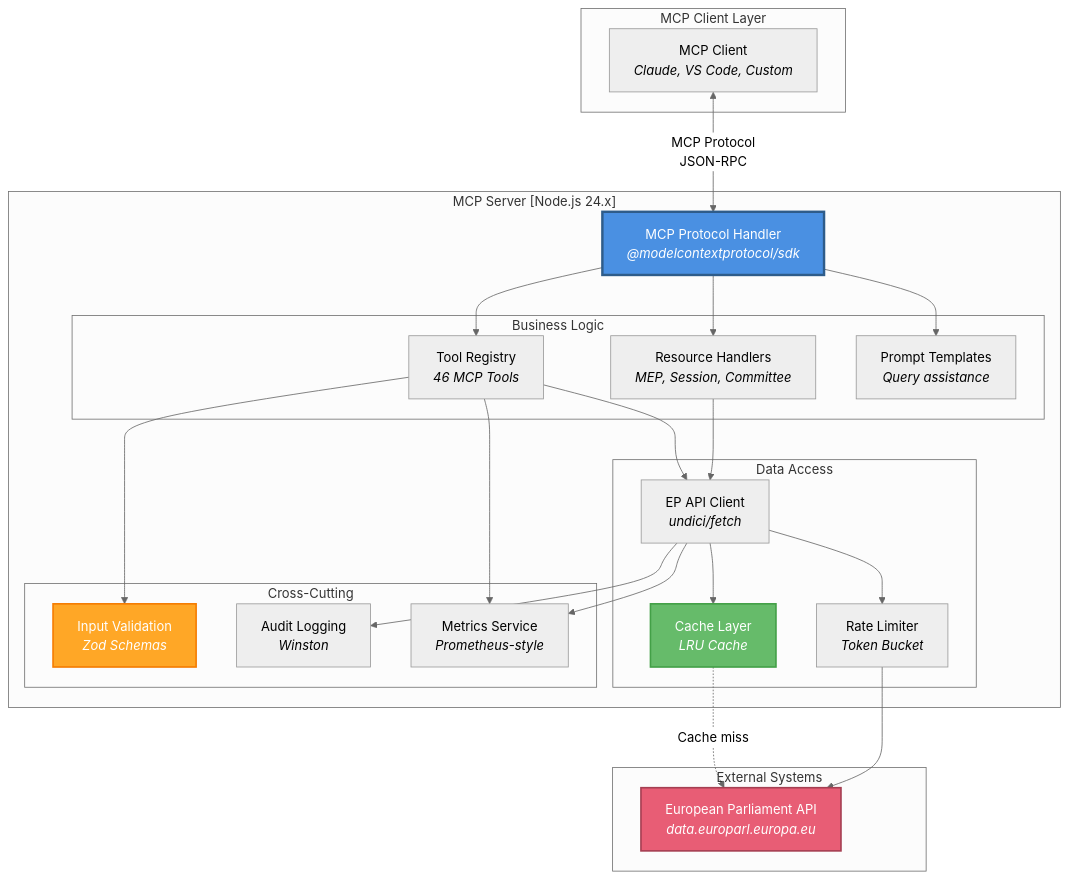
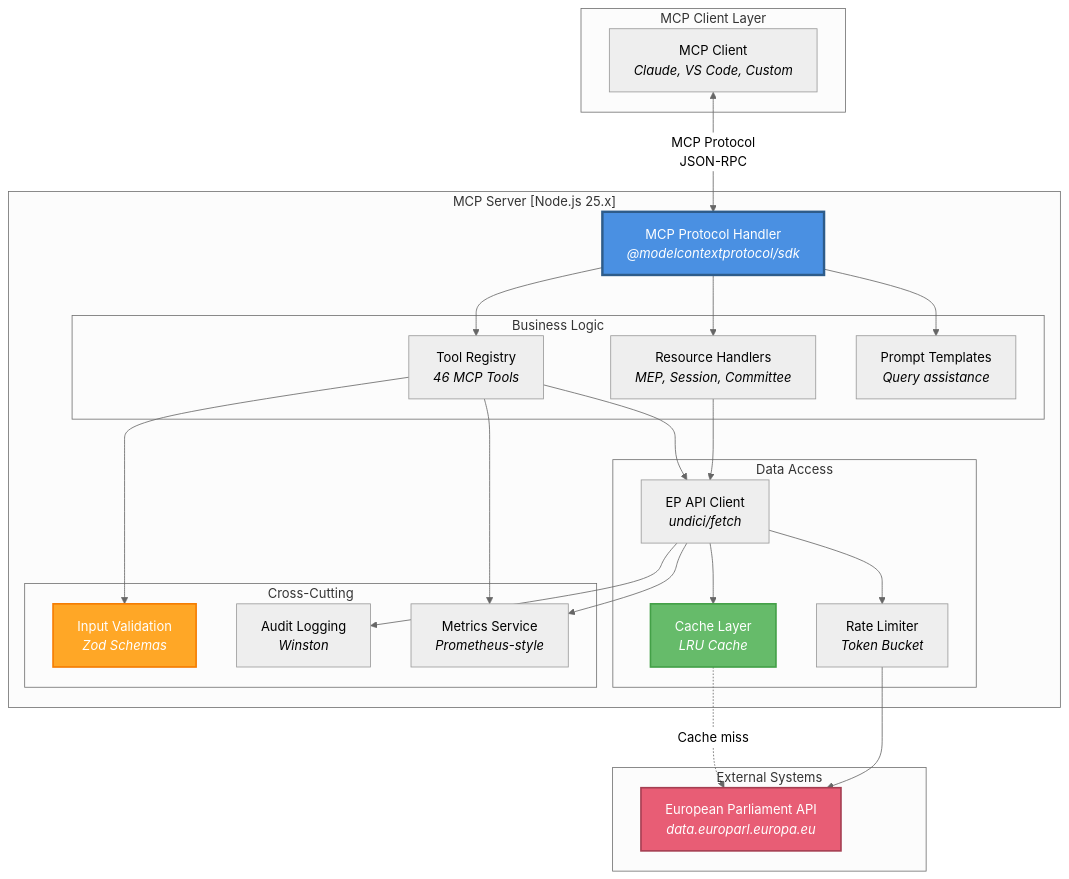
One commit to Hack23/European-Parliament-MCP-Server changed the second of 14 diagrams in docs/api-markdown/_media/ARCHITECTURE_DIAGRAMS.md. Above: the diagram before and after it, drawn with Mermaid (neutral theme). The commit also changed other lines of this file and 40 other files, not shown here.

````diff
--- a/docs/api-markdown/_media/ARCHITECTURE_DIAGRAMS.md
+++ b/docs/api-markdown/_media/ARCHITECTURE_DIAGRAMS.md
@@ -114,56 +114,56 @@
 ```mermaid
 graph TB
     subgraph "MCP Client Layer"
         CLIENT[MCP Client<br/><i>Claude, VS Code, Custom</i>]
     end
     
-    subgraph "MCP Server [Node.js 24.x]"
+    subgraph "MCP Server [Node.js 25.x]"
         SERVER[MCP Protocol Handler<br/><i>@modelcontextprotocol/sdk</i>]
         
         subgraph "Business Logic"
             TOOLS[Tool Registry<br/><i>46 MCP Tools</i>]
             RESOURCES[Resource Handlers<br/><i>MEP, Session, Committee</i>]
             PROMPTS[Prompt Templates<br/><i>Query assistance</i>]
         end
         
         subgraph "Data Access"
             API_CLIENT[EP API Client<br/><i>undici/fetch</i>]
             CACHE[Cache Layer<br/><i>LRU Cache</i>]
             RATE_LIMITER[Rate Limiter<br/><i>Token Bucket</i>]
         end
         
         subgraph "Cross-Cutting"
             VALIDATION[Input Validation<br/><i>Zod Schemas</i>]
             LOGGING[Audit Logging<br/><i>Winston</i>]
             METRICS[Metrics Service<br/><i>Prometheus-style</i>]
         end
     end
     
     subgraph "External Systems"
         EP_API[European Parliament API<br/><i>data.europarl.europa.eu</i>]
     end
     
     CLIENT <-->|MCP Protocol<br/>JSON-RPC| SERVER
     SERVER --> TOOLS
     SERVER --> RESOURCES
     SERVER --> PROMPTS
     
     TOOLS --> VALIDATION
     TOOLS --> API_CLIENT
     RESOURCES --> API_CLIENT
     
     API_CLIENT --> CACHE
     API_CLIENT --> RATE_LIMITER
     API_CLIENT --> LOGGING
     
     CACHE -.->|Cache miss| EP_API
     RATE_LIMITER --> EP_API
     
     TOOLS --> METRICS
     API_CLIENT --> METRICS
     
     style SERVER fill:#4A90E2,stroke:#2E5C8A,stroke-width:3px,color:#fff
     style EP_API fill:#E85D75,stroke:#A53F52,stroke-width:2px,color:#fff
     style CACHE fill:#66BB6A,stroke:#43A047,stroke-width:2px,color:#fff
     style VALIDATION fill:#FFA726,stroke:#F57C00,stroke-width:2px,color:#fff
 ```
````
